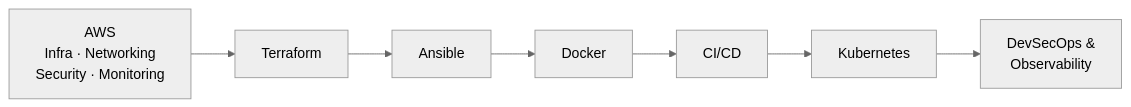
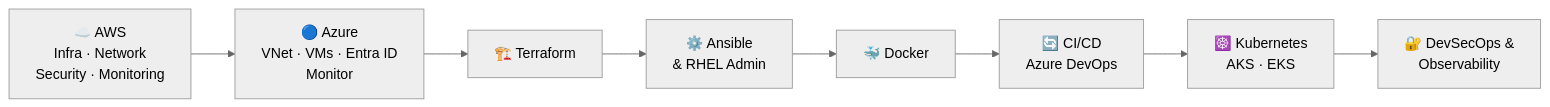
One commit to engrmalakkashif/engrmalakkashif changed the third of 3 diagrams in README.md. Above: the diagram before and after it, drawn with Mermaid (neutral theme). The commit also changed other lines of this file, not shown here.

````diff
--- a/README.md
+++ b/README.md
@@ -201,9 +453,10 @@
 ```mermaid
 flowchart LR
-    A[AWS<br/>Infra · Networking<br/>Security · Monitoring] --> B[Terraform]
-    B --> C[Ansible]
-    C --> D[Docker]
-    D --> E[CI/CD]
-    E --> F[Kubernetes]
-    F --> G[DevSecOps &<br/>Observability]
+    A["☁️ AWS<br/>Infra · Network<br/>Security · Monitoring"] --> B["🔵 Azure<br/>VNet · VMs · Entra ID<br/>Monitor"]
+    B --> C["🏗️ Terraform"]
+    C --> D["⚙️ Ansible<br/>& RHEL Admin"]
+    D --> E["🐳 Docker"]
+    E --> F["🔄 CI/CD<br/>Azure DevOps"]
+    F --> G["☸️ Kubernetes<br/>AKS · EKS"]
+    G --> H["🔐 DevSecOps &<br/>Observability"]
 ```
````
